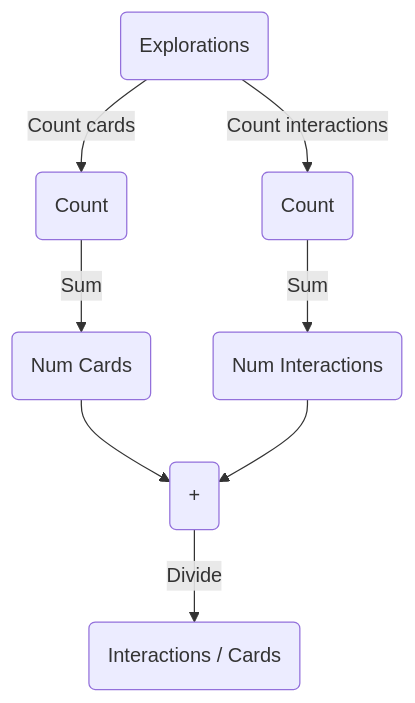
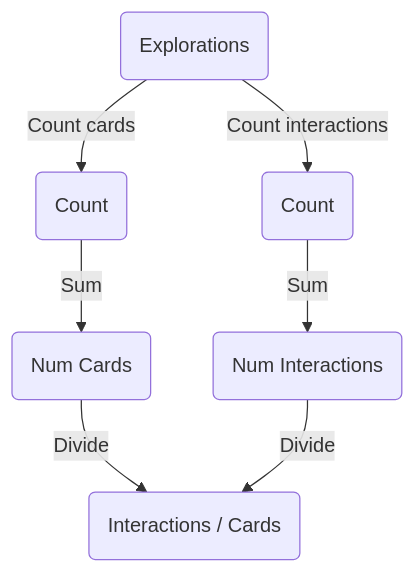
Before and after one commit to oppia/oppia-web-developer-docs: the second of 6 diagrams in Apache-Beam-Jobs.md, drawn with Mermaid. The commit also changed 1 other file, not shown here.

````diff
--- a/Apache-Beam-Jobs.md
+++ b/Apache-Beam-Jobs.md
@@ -58,8 +58,7 @@
 ```mermaid
 flowchart TD
 E(Explorations) -->|Count interactions| C(Count) -->|Sum| NI(Num Interactions)
 E -->|Count cards| C2(Count) -->|Sum| NC(Num Cards)
-NC --> +(+)
-NI --> +
-+ -->|Divide| IC(Interactions / Cards)
+NC --> |Divide| IC(Interactions / Cards)
+NI --> |Divide| IC(Interactions / Cards)
 ```
````
